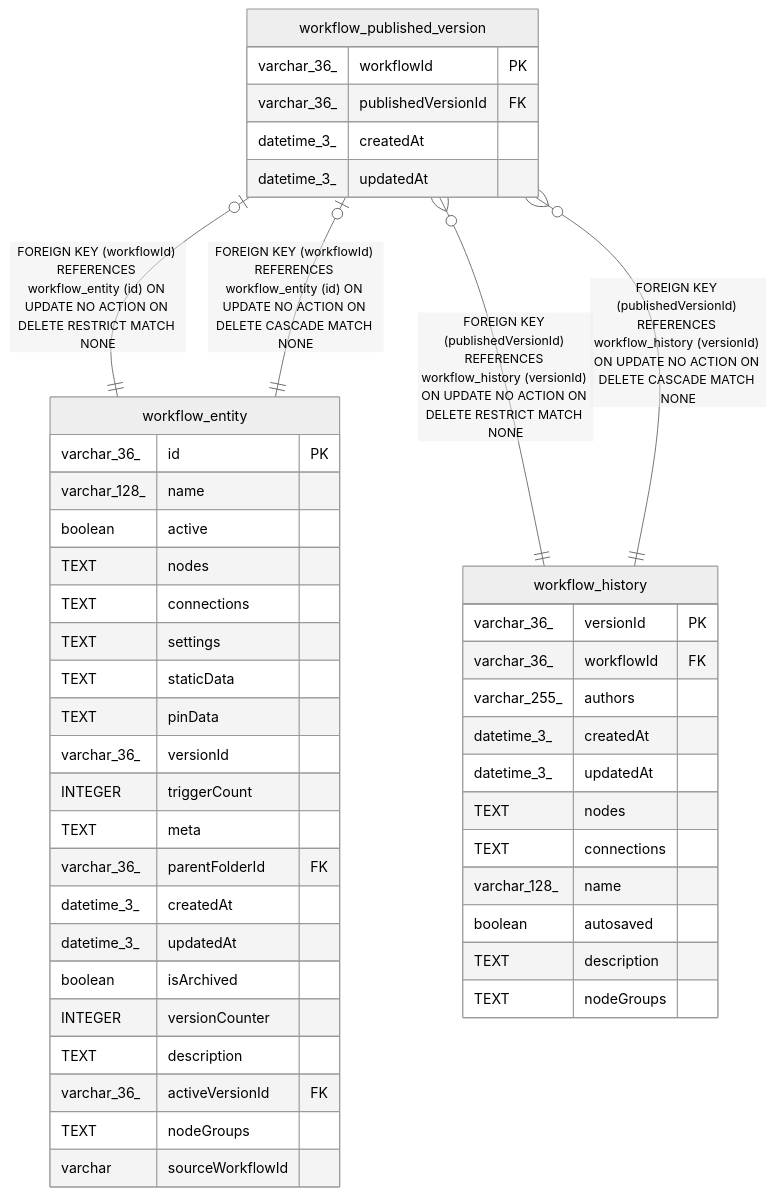
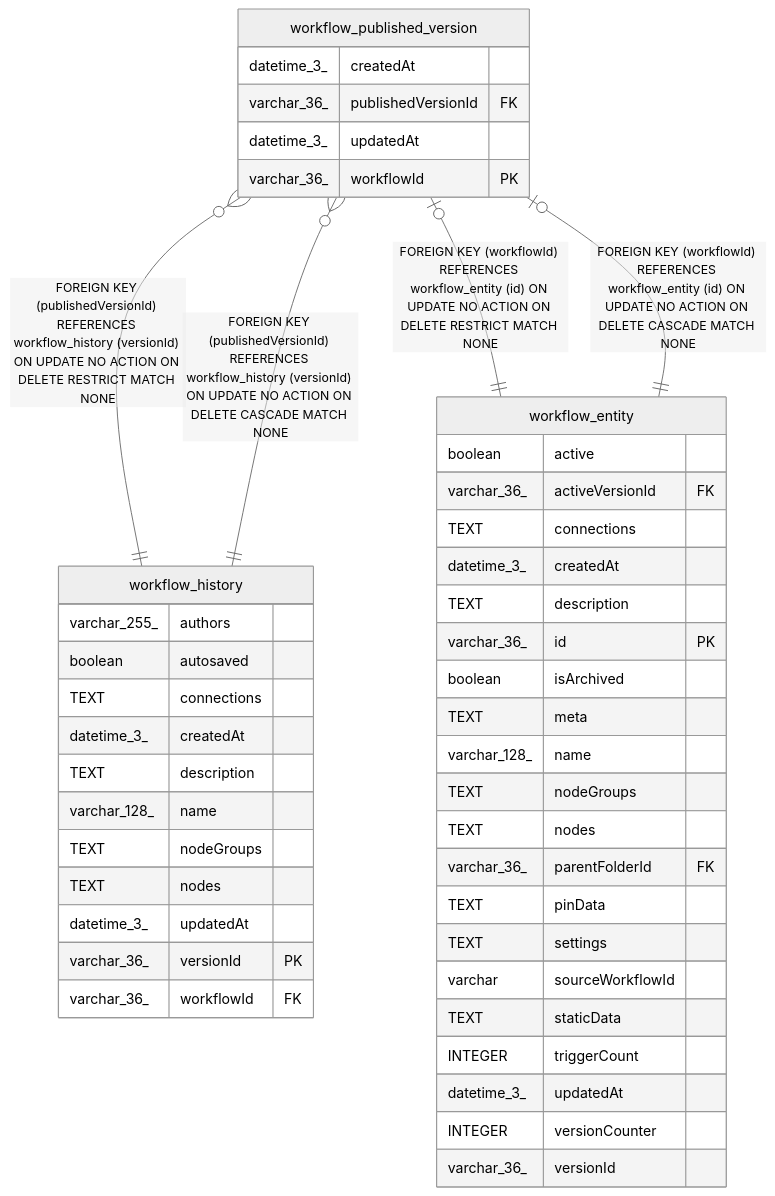
One commit to mayankjain1815-commits/n8n changed the diagram in docs/generated/sqlite-schema/workflow_published_version.md. Above: the diagram before and after it, drawn with Mermaid (neutral theme). The commit also changed other lines of this file and 221 other files, not shown here.

Commit message:
chore(core): Make DB schema docs generation deterministic (#32373)

````diff
--- a/docs/generated/sqlite-schema/workflow_published_version.md
+++ b/docs/generated/sqlite-schema/workflow_published_version.md
@@ -42,50 +42,50 @@
 ```mermaid
 erDiagram
 
+"workflow_published_version" }o--|| "workflow_history" : "FOREIGN KEY (publishedVersionId) REFERENCES workflow_history (versionId) ON UPDATE NO ACTION ON DELETE RESTRICT MATCH NONE"
+"workflow_published_version" }o--|| "workflow_history" : "FOREIGN KEY (publishedVersionId) REFERENCES workflow_history (versionId) ON UPDATE NO ACTION ON DELETE CASCADE MATCH NONE"
 "workflow_published_version" |o--|| "workflow_entity" : "FOREIGN KEY (workflowId) REFERENCES workflow_entity (id) ON UPDATE NO ACTION ON DELETE RESTRICT MATCH NONE"
 "workflow_published_version" |o--|| "workflow_entity" : "FOREIGN KEY (workflowId) REFERENCES workflow_entity (id) ON UPDATE NO ACTION ON DELETE CASCADE MATCH NONE"
-"workflow_published_version" }o--|| "workflow_history" : "FOREIGN KEY (publishedVersionId) REFERENCES workflow_history (versionId) ON UPDATE NO ACTION ON DELETE RESTRICT MATCH NONE"
-"workflow_published_version" }o--|| "workflow_history" : "FOREIGN KEY (publishedVersionId) REFERENCES workflow_history (versionId) ON UPDATE NO ACTION ON DELETE CASCADE MATCH NONE"
 
 "workflow_published_version" {
+  datetime_3_ createdAt
+  varchar_36_ publishedVersionId FK
+  datetime_3_ updatedAt
   varchar_36_ workflowId PK
-  varchar_36_ publishedVersionId FK
+}
+"workflow_history" {
+  varchar_255_ authors
+  boolean autosaved
+  TEXT connections
   datetime_3_ createdAt
+  TEXT description
+  varchar_128_ name
+  TEXT nodeGroups
+  TEXT nodes
   datetime_3_ updatedAt
+  varchar_36_ versionId PK
+  varchar_36_ workflowId FK
 }
 "workflow_entity" {
+  boolean active
+  varchar_36_ activeVersionId FK
+  TEXT connections
+  datetime_3_ createdAt
+  TEXT description
   varchar_36_ id PK
+  boolean isArchived
+  TEXT meta
   varchar_128_ name
-  boolean active
+  TEXT nodeGroups
   TEXT nodes
-  TEXT connections
+  varchar_36_ parentFolderId FK
+  TEXT pinData
   TEXT settings
+  varchar sourceWorkflowId
   TEXT staticData
-  TEXT pinData
+  INTEGER triggerCount
+  datetime_3_ updatedAt
+  INTEGER versionCounter
   varchar_36_ versionId
-  INTEGER triggerCount
-  TEXT meta
-  varchar_36_ parentFolderId FK
-  datetime_3_ createdAt
-  datetime_3_ updatedAt
-  boolean isArchived
-  INTEGER versionCounter
-  TEXT description
-  varchar_36_ activeVersionId FK
-  TEXT nodeGroups
-  varchar sourceWorkflowId
-}
-"workflow_history" {
-  varchar_36_ versionId PK
-  varchar_36_ workflowId FK
-  varchar_255_ authors
-  datetime_3_ createdAt
-  datetime_3_ updatedAt
-  TEXT nodes
-  TEXT connections
-  varchar_128_ name
-  boolean autosaved
-  TEXT description
-  TEXT nodeGroups
 }
 ```
````
